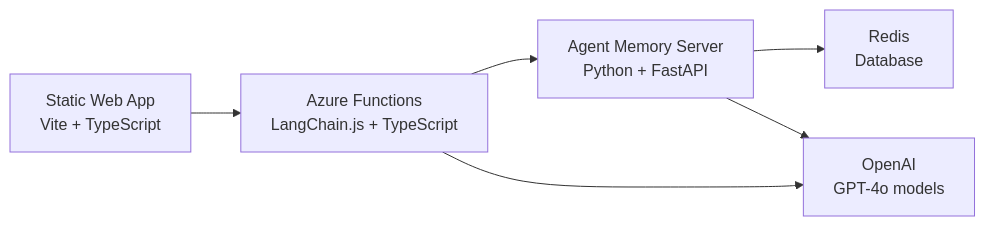
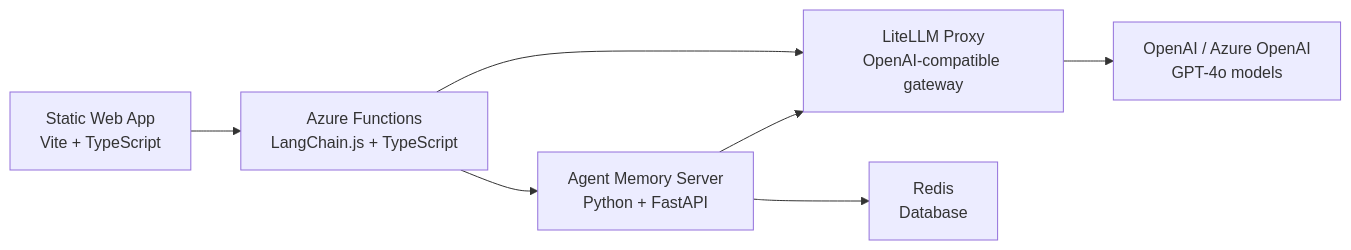
One commit to redis-developer/podcast-chatbot-with-agent-memory-azure-demo changed the diagram in README.md. Above: the diagram before and after it, drawn with Mermaid. The commit also changed other lines of this file and 7 other files, not shown here.

````diff
--- a/README.md
+++ b/README.md
@@ -120,8 +118,9 @@
 ```mermaid
 graph LR
     A[Static Web App<br/>Vite + TypeScript] --> B[Azure Functions<br/>LangChain.js + TypeScript]
+    B --> F[LiteLLM Proxy<br/>OpenAI-compatible gateway]
     B --> C[Agent Memory Server<br/>Python + FastAPI]
-    C --> D[Redis<br/>Database]
-    B --> E[OpenAI<br/>GPT-4o models]
-    C --> E
+    C --> F
+    F --> D[OpenAI / Azure OpenAI<br/>GPT-4o models]
+    C --> E[Redis<br/>Database]
 ```
````
